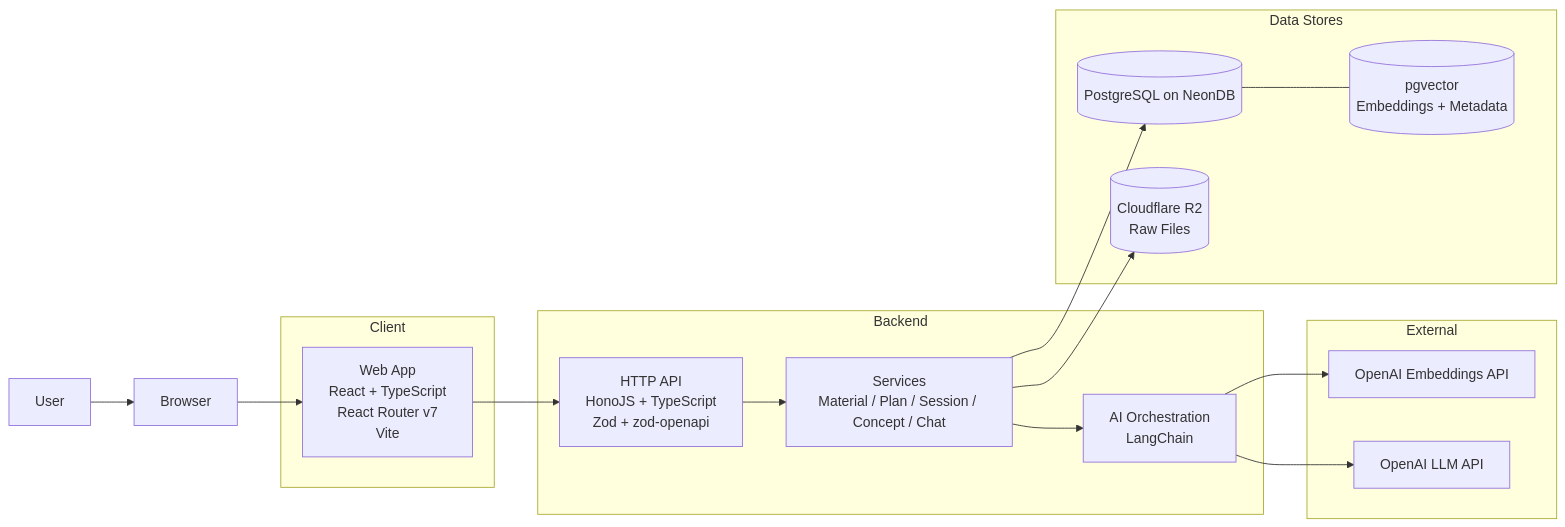
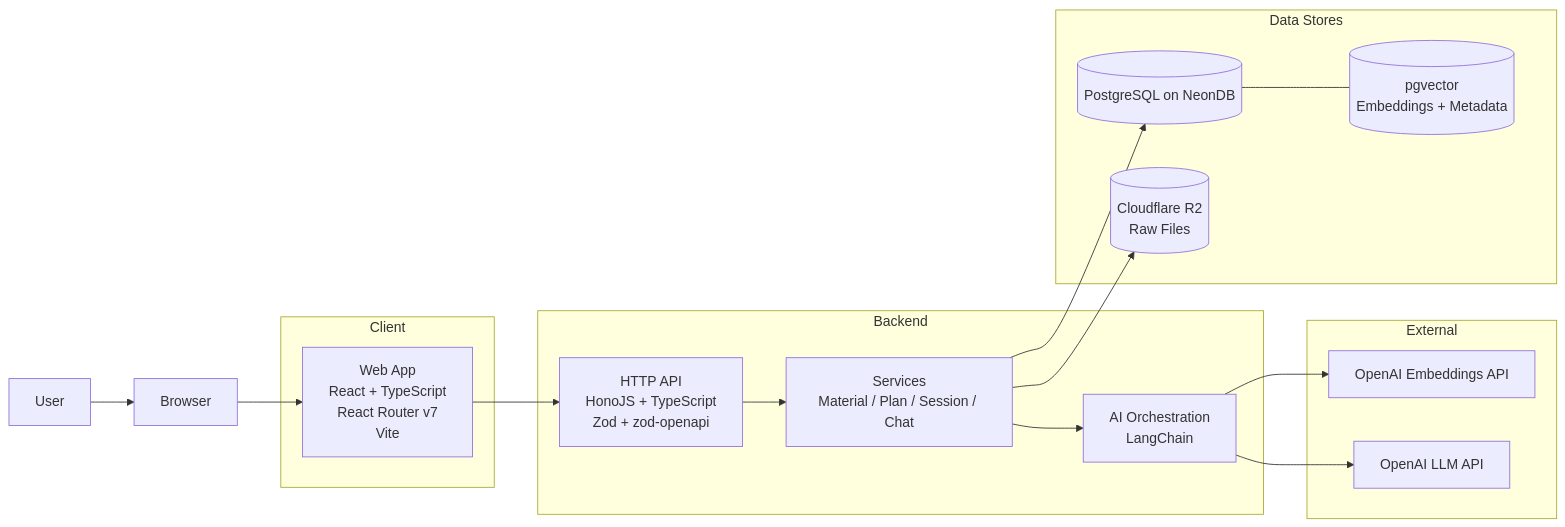
One commit to qaws7791/turbo-hono-next changed the first of 7 diagrams in docs/04-engineering/architecture.md. Above: the diagram before and after it, drawn with Mermaid. The commit also changed other lines of this file and 120 other files, not shown here.

````diff
--- a/docs/04-engineering/architecture.md
+++ b/docs/04-engineering/architecture.md
@@ -34,34 +33,34 @@
 ```mermaid
 flowchart LR
   U[User] --> B[Browser]
 
   subgraph C[Client]
     FE[Web App\nReact + TypeScript\nReact Router v7\nVite]
   end
 
   subgraph S[Backend]
     API[HTTP API\nHonoJS + TypeScript\nZod + zod-openapi]
-    SV[Services\nMaterial / Plan / Session / Concept / Chat]
+    SV[Services\nMaterial / Plan / Session / Chat]
     AI[AI Orchestration\nLangChain]
   end
 
   subgraph D[Data Stores]
     DB[(PostgreSQL on NeonDB)]
     VEC[(pgvector\nEmbeddings + Metadata)]
     R2[(Cloudflare R2\nRaw Files)]
   end
 
   subgraph X[External]
     OAIE[OpenAI Embeddings API]
     OAIL[OpenAI LLM API]
   end
 
   B --> FE --> API
   API --> SV
   SV --> DB
   SV --> R2
   SV --> AI
   AI --> OAIE
   AI --> OAIL
   DB --- VEC
 ```
````
